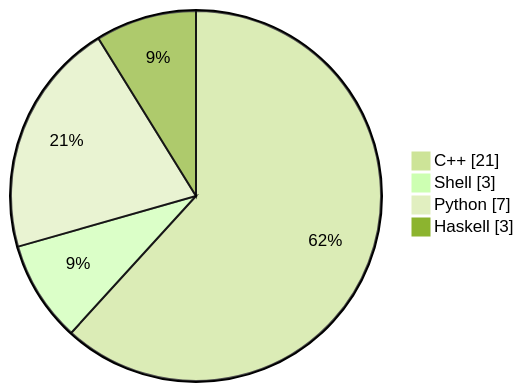
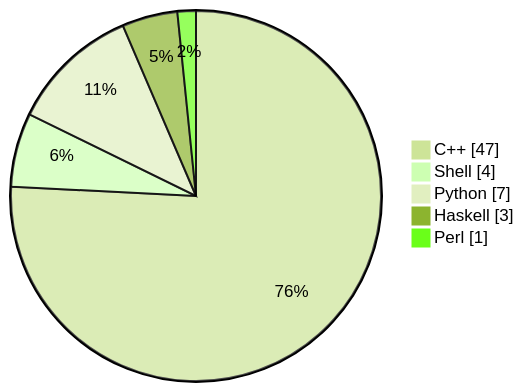
One commit to trintlermint/problem-sets changed the second of 2 diagrams in README.md. Above: the diagram before and after it, drawn with Mermaid (forest theme). The commit also changed other lines of this file and 7 other files, not shown here.

````diff
--- a/README.md
+++ b/README.md
@@ -46,7 +47,8 @@
 ```mermaid
 pie showData
-    "C++" : 21
-    "Shell" : 3
+    "C++" : 47
+    "Shell" : 4
     "Python" : 7
     "Haskell" : 3
+    "Perl" : 1
 ```
````
